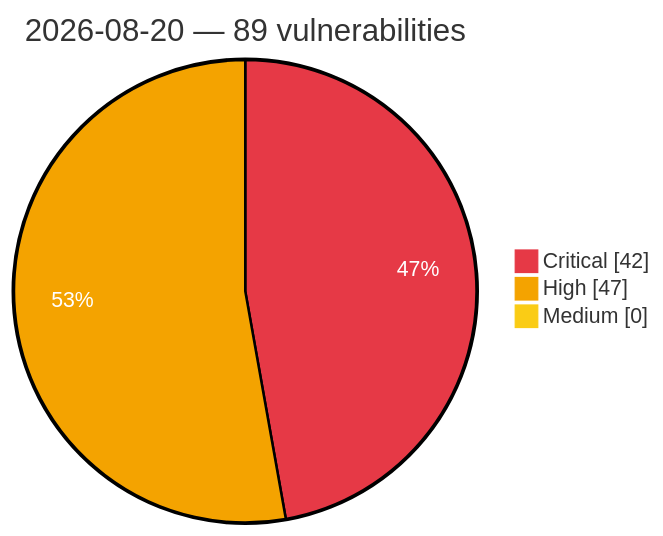
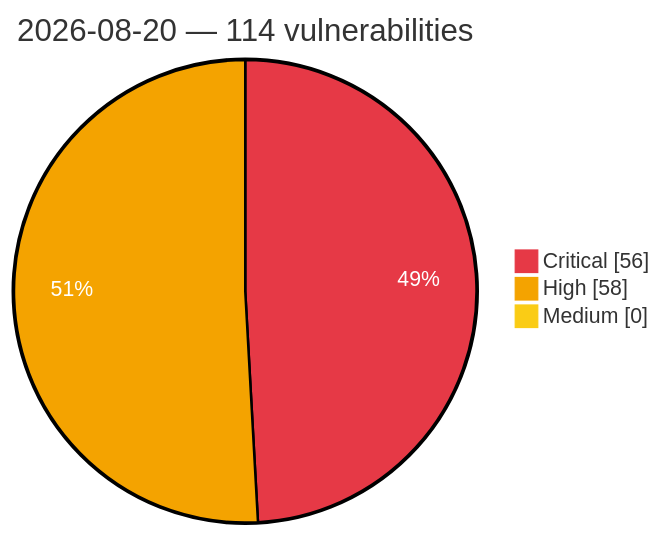
Before and after one commit to GhostX0X/vuln-tracker: the diagram in vulnerabilities/2026/August/2026-08-20.md, drawn with Mermaid. The commit also changed other lines of this file and 5 other files, not shown here.

Commit message:
Auto update: critical/high vulns (2026-08-20 22:24 UTC)

````diff
--- a/vulnerabilities/2026/August/2026-08-20.md
+++ b/vulnerabilities/2026/August/2026-08-20.md
@@ -3,8 +3,8 @@
 ```mermaid
 %%{init: {'theme':'base', 'themeVariables': {'pie1':'#e63946', 'pie2':'#f4a300', 'pie3':'#facc15', 'pieOpacity':'1', 'pieOuterStrokeWidth':'2px', 'pieSectionTextColor':'#ffffff'}}}%%
 pie showData
-    title 2026-08-20 — 89 vulnerabilities
-    "Critical" : 42
-    "High" : 47
+    title 2026-08-20 — 114 vulnerabilities
+    "Critical" : 56
+    "High" : 58
     "Medium" : 0
 ```
````
